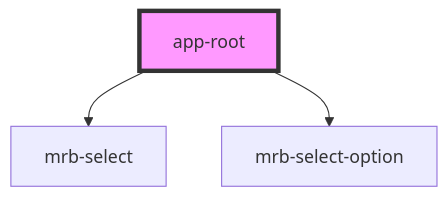
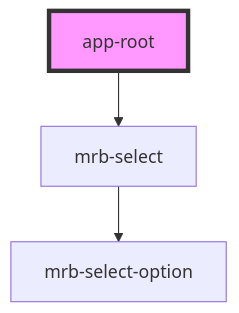
The diagram in src/readme.md (rbernalagainagain/stenbook), drawn with Mermaid before and after one commit. The commit also changed other lines of this file and 29 other files, not shown here.

````diff
--- a/src/readme.md
+++ b/src/readme.md
@@ -16,6 +15,6 @@
 ```mermaid
 graph TD;
   app-root --> mrb-select
-  app-root --> mrb-select-option
+  mrb-select --> mrb-select-option
   style app-root fill:#f9f,stroke:#333,stroke-width:4px
 ```
````
